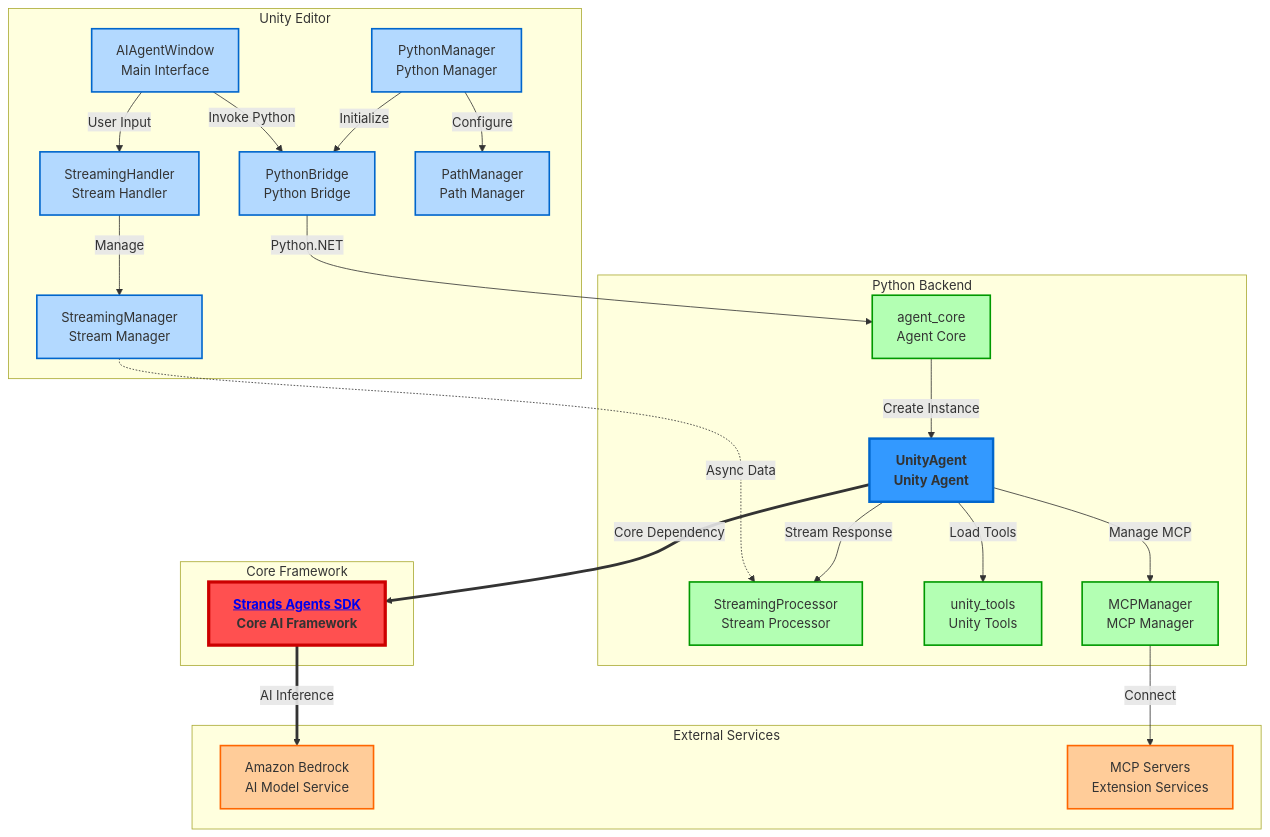
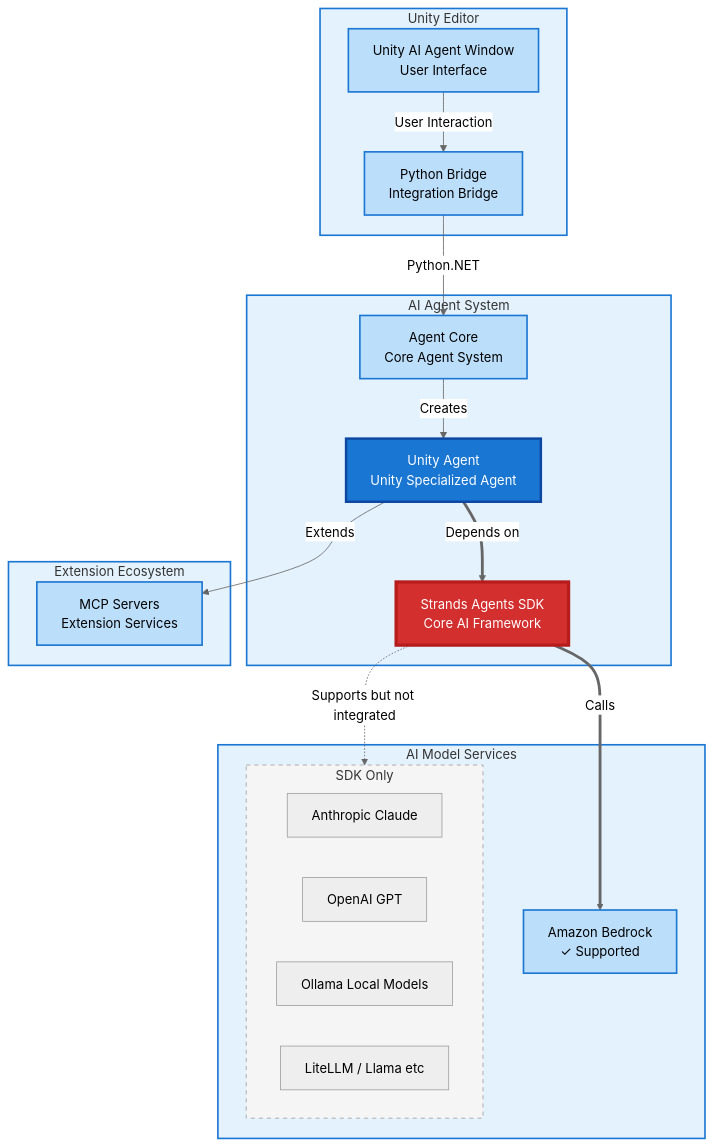
The second of 2 diagrams in README.md (ddpie/unity-strands-agent), drawn with Mermaid before and after one commit. The commit also changed other lines of this file, not shown here.

Commit message:
update README.md to improve system architecture diagrams
- changed graph direction from TB to TD for better clarity
- updated node labels and descriptions for enhanced understanding
- refined color schemes and styles for improved visual consistency
- added support details for AI models and clarified integration points

````diff
--- a/README.md
+++ b/README.md
@@ -231,55 +237,61 @@
 ```mermaid
-graph TB
-    subgraph "Unity Editor"
-        UI[AIAgentWindow<br/>Main Interface]
-        SH[StreamingHandler<br/>Stream Handler]
-        SM[StreamingManager<br/>Stream Manager]
-        PB[PythonBridge<br/>Python Bridge]
-        PM[PythonManager<br/>Python Manager]
-        PATH[PathManager<br/>Path Manager]
+%%{init: {'theme':'neutral'}}%%
+graph TD
+    subgraph Unity["Unity Editor"]
+        UI[Unity AI Agent Window<br/>User Interface]
+        PB[Python Bridge<br/>Integration Bridge]
     end
     
-    subgraph "Python Backend"
-        AC[agent_core<br/>Agent Core]
-        UA[UnityAgent<br/>Unity Agent]
-        SP[StreamingProcessor<br/>Stream Processor]
-        UT[unity_tools<br/>Unity Tools]
-        MM[MCPManager<br/>MCP Manager]
+    subgraph AgentPython["AI Agent System"]
+        AC[Agent Core<br/>Core Agent System]
+        UA[Unity Agent<br/>Unity Specialized Agent]
+        SDK[Strands Agents SDK<br/>Core AI Framework]
     end
     
-    subgraph "Core Framework"
-        SDK[<a href="https://strandsagents.com/latest/">Strands Agents SDK</a><br/>Core AI Framework]
+    subgraph ModelServices["AI Model Services"]
+        AWS[Amazon Bedrock<br/>✓ Supported]
+        subgraph OtherAI[SDK Only]
+            ANTHROPIC[Anthropic Claude]
+            OPENAI[OpenAI GPT]
+            OLLAMA[Ollama Local Models]
+            OTHERS[LiteLLM / Llama etc]
+        end
     end
     
-    subgraph "External Services"
-        AWS[Amazon Bedrock<br/>AI Model Service]
+    subgraph MCPServices["Extension Ecosystem"]
         MCP[MCP Servers<br/>Extension Services]
     end
     
-    UI -->|User Input| SH
-    UI -->|Invoke Python| PB
-    SH -->|Manage| SM
-    SM -.->|Async Data| SP
-    PM -->|Initialize| PB
-    PM -->|Configure| PATH
+    %% Connections
+    UI -->|User Interaction| PB
     PB -->|Python.NET| AC
-    AC -->|Create Instance| UA
-    UA ==>|Core Dependency| SDK
-    UA -->|Stream Response| SP
-    UA -->|Load Tools| UT
-    UA -->|Manage MCP| MM
-    SDK ==>|AI Inference| AWS
-    MM -->|Connect| MCP
+    AC -->|Creates| UA
+    UA ==>|Depends on| SDK
+    SDK ==>|Calls| AWS
+    SDK -.->|Supports but not integrated| OtherAI
+    UA -->|Extends| MCP
     
-    classDef unityStyle fill:#b3d9ff,stroke:#0066cc,stroke-width:2px
-    classDef pythonStyle fill:#b3ffb3,stroke:#009900,stroke-width:2px
-    classDef agentStyle fill:#3399ff,stroke:#0066cc,stroke-width:3px,font-weight:bold
-    classDef sdkStyle fill:#ff5050,stroke:#cc0000,stroke-width:4px,font-weight:bold
-    classDef externalStyle fill:#ffcc99,stroke:#ff6600,stroke-width:2px
+    %% Subgraph styles
+    style Unity fill:#E3F2FD,stroke:#1976D2,stroke-width:2px
+    style AgentPython fill:#E3F2FD,stroke:#1976D2,stroke-width:2px
+    style ModelServices fill:#E3F2FD,stroke:#1976D2,stroke-width:2px
+    style MCPServices fill:#E3F2FD,stroke:#1976D2,stroke-width:2px
     
-    class UI,SH,SM,PB,PM,PATH unityStyle
-    class AC,SP,UT,MM pythonStyle
-    class UA agentStyle
-    class SDK sdkStyle
-    class AWS,MCP externalStyle
+    %% Node styles - Blue for supported features
+    style UI fill:#BBDEFB,stroke:#1976D2,stroke-width:2px
+    style PB fill:#BBDEFB,stroke:#1976D2,stroke-width:2px
+    style AC fill:#BBDEFB,stroke:#1976D2,stroke-width:2px
+    style UA fill:#1976D2,stroke:#0D47A1,stroke-width:3px,color:#FFF
+    style AWS fill:#BBDEFB,stroke:#1976D2,stroke-width:2px
+    style MCP fill:#BBDEFB,stroke:#1976D2,stroke-width:2px
+    
+    %% Core SDK - Red for emphasis
+    style SDK fill:#D32F2F,stroke:#B71C1C,stroke-width:4px,color:#FFF
+    
+    %% Unsupported services - Gray
+    style OtherAI fill:#F5F5F5,stroke:#9E9E9E,stroke-width:1px,stroke-dasharray: 5 5
+    style ANTHROPIC fill:#EEEEEE,stroke:#9E9E9E,stroke-width:1px
+    style OPENAI fill:#EEEEEE,stroke:#9E9E9E,stroke-width:1px
+    style OLLAMA fill:#EEEEEE,stroke:#9E9E9E,stroke-width:1px
+    style OTHERS fill:#EEEEEE,stroke:#9E9E9E,stroke-width:1px
 ```
````
